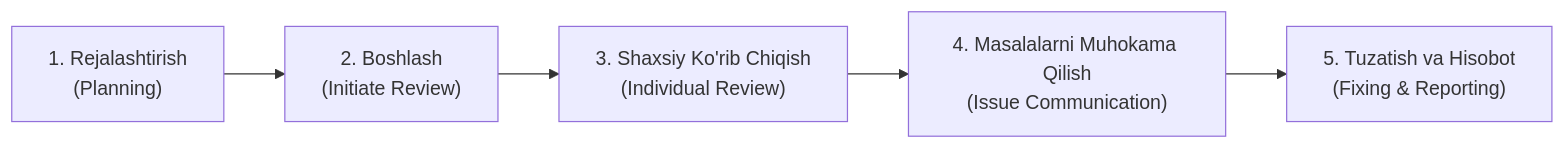
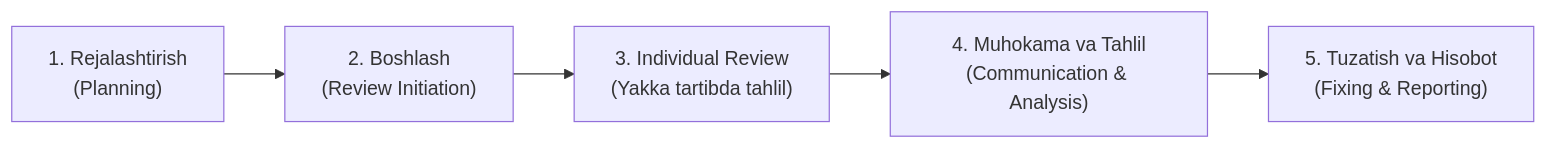
Before and after one commit to Ergashov15/qa-uzbekistan: the third of 5 diagrams in app/docs/istqb-foundation/static-testing/page.mdx, drawn with Mermaid. The commit also changed other lines of this file and 5 other files, not shown here.

````diff
--- a/app/docs/istqb-foundation/static-testing/page.mdx
+++ b/app/docs/istqb-foundation/static-testing/page.mdx
@@ -38,7 +206,7 @@
 ```mermaid
 flowchart LR
-    P1["1. Rejalashtirish\n(Planning)"] --> P2["2. Boshlash\n(Initiate Review)"]
-    P2 --> P3["3. Shaxsiy Ko'rib Chiqish\n(Individual Review)"]
-    P3 --> P4["4. Masalalarni Muhokama Qilish\n(Issue Communication)"]
+    P1["1. Rejalashtirish\n(Planning)"] --> P2["2. Boshlash\n(Review Initiation)"]
+    P2 --> P3["3. Individual Review\n(Yakka tartibda tahlil)"]
+    P3 --> P4["4. Muhokama va Tahlil\n(Communication & Analysis)"]
     P4 --> P5["5. Tuzatish va Hisobot\n(Fixing & Reporting)"]
 ```
````
